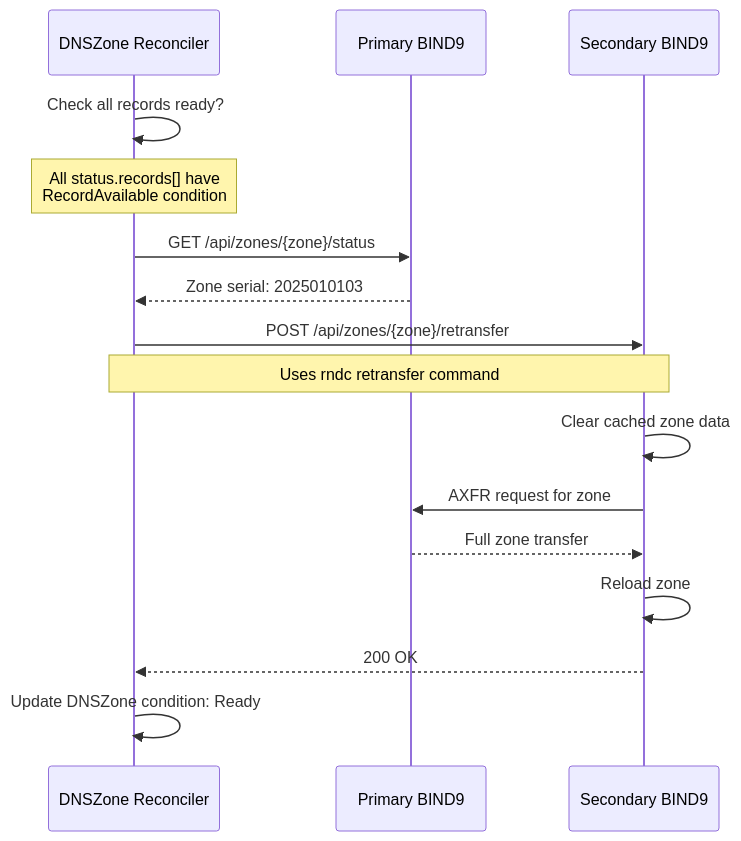
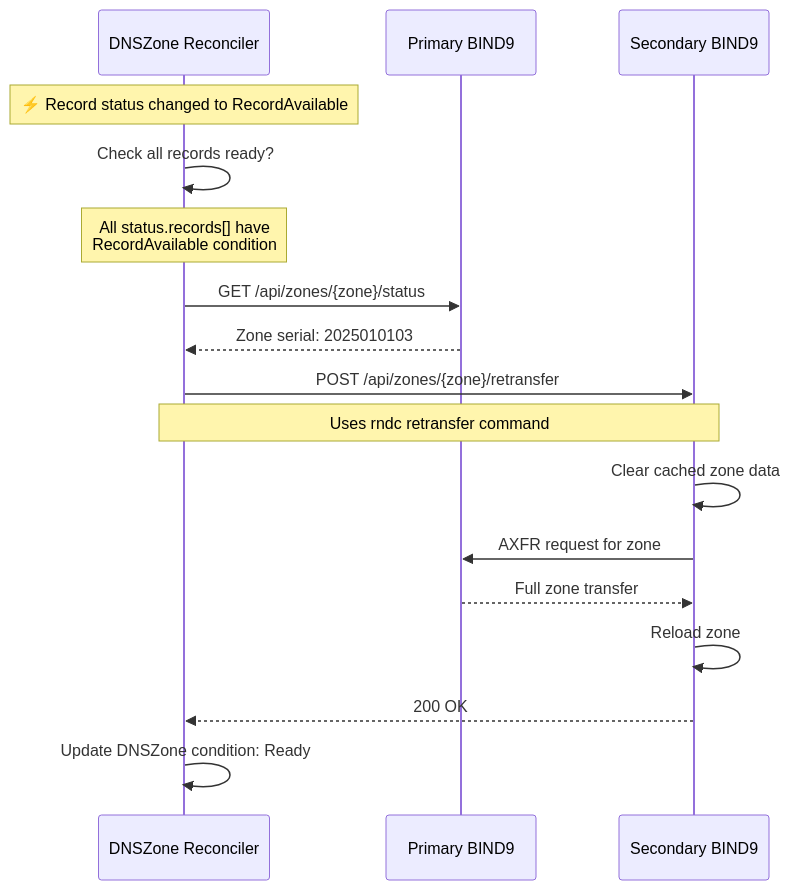
The sixth of 6 diagrams in docs/src/architecture/label-selector-reconciliation.md (firestoned/bindy), drawn with Mermaid before and after one commit. The commit also changed other lines of this file and 125 other files, not shown here.

````diff
--- a/docs/src/architecture/label-selector-reconciliation.md
+++ b/docs/src/architecture/label-selector-reconciliation.md
@@ -325,24 +464,26 @@
 ```mermaid
 sequenceDiagram
     participant DZ as DNSZone Reconciler
     participant Primary as Primary BIND9
     participant Secondary as Secondary BIND9
+
+    Note over DZ: ⚡ Record status changed to RecordAvailable
 
     DZ->>DZ: Check all records ready?
     Note over DZ: All status.records[] have<br/>RecordAvailable condition
 
     DZ->>Primary: GET /api/zones/{zone}/status
     Primary-->>DZ: Zone serial: 2025010103
 
     DZ->>Secondary: POST /api/zones/{zone}/retransfer
     Note over DZ,Secondary: Uses rndc retransfer command
 
     Secondary->>Secondary: Clear cached zone data
     Secondary->>Primary: AXFR request for zone
     Primary-->>Secondary: Full zone transfer
 
     Secondary->>Secondary: Reload zone
     Secondary-->>DZ: 200 OK
 
     DZ->>DZ: Update DNSZone condition: Ready
 ```
````
